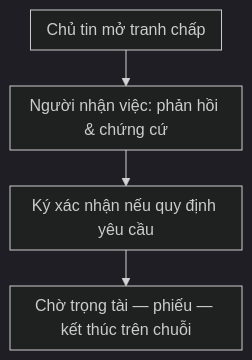
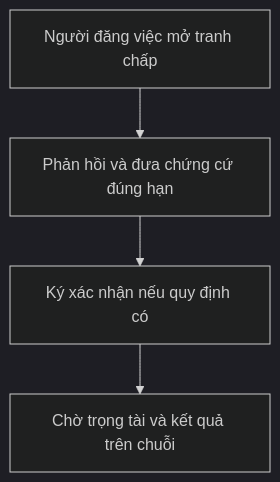
One commit to dmt041104111003/docs-nckh changed the fourth of 4 diagrams in freelancer.md. Above: the diagram before and after it, drawn with Mermaid (dark theme). The commit also changed other lines of this file and 8 other files, not shown here.

````diff
--- a/freelancer.md
+++ b/freelancer.md
@@ -83,7 +63,6 @@
 ```mermaid
-%%{init: {"flowchart": {"curve": "linear", "padding": 8, "rankSpacing": 36}}}%%
 flowchart TB
-  A[Chủ tin mở tranh chấp] --> B[Người nhận việc: phản hồi & chứng cứ]
-  B --> C[Ký xác nhận nếu quy định yêu cầu]
-  C --> D[Chờ trọng tài — phiếu — kết thúc trên chuỗi]
+  A[Người đăng việc mở tranh chấp] --> B[Phản hồi và đưa chứng cứ đúng hạn]
+  B --> C[Ký xác nhận nếu quy định có]
+  C --> D[Chờ trọng tài và kết quả trên chuỗi]
 ```
````
